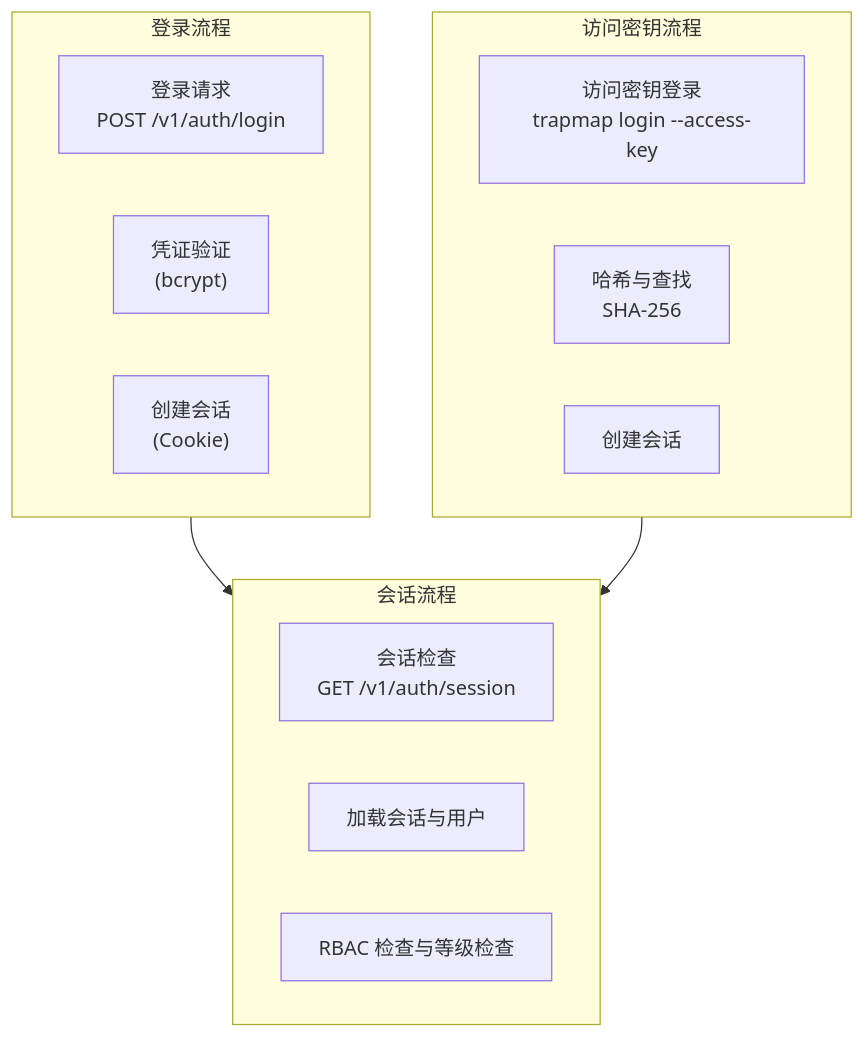
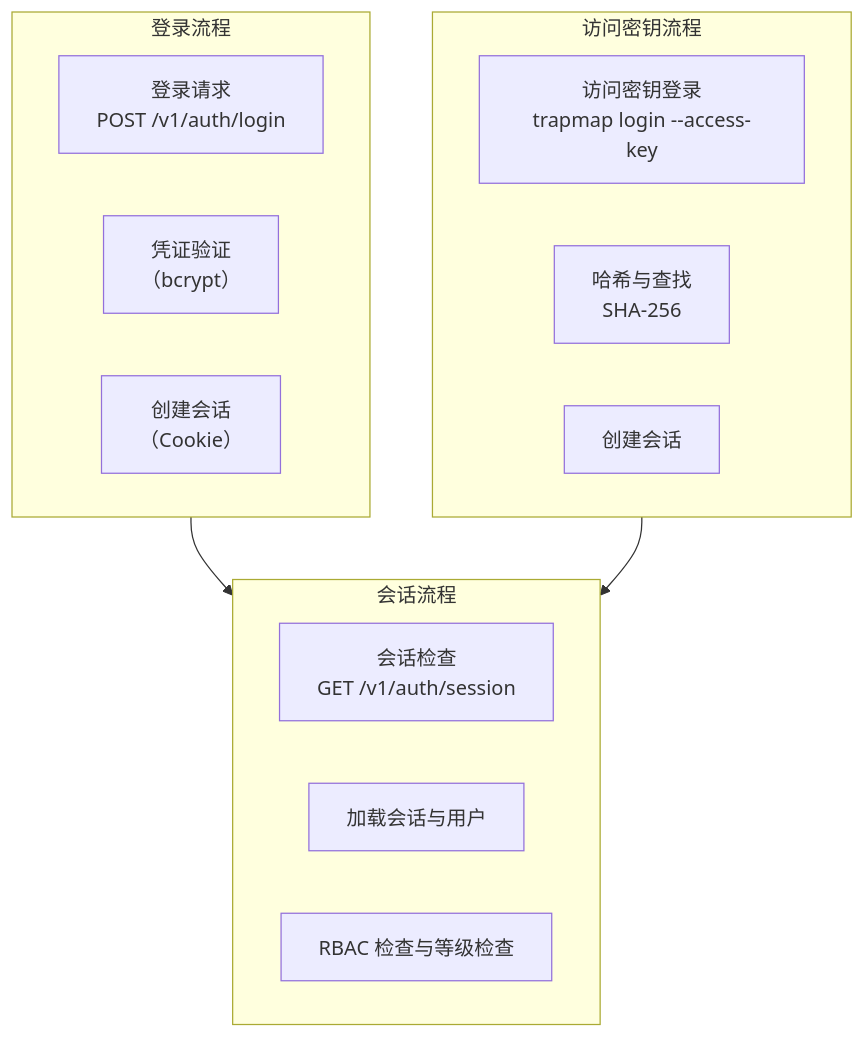
The first of 2 diagrams in docs/architecture/components/AUTH.md (pofossette/TrapMap-for-vibing), drawn with Mermaid before and after one commit. The commit also changed other lines of this file and 31 other files, not shown here.

````diff
--- a/docs/architecture/components/AUTH.md
+++ b/docs/architecture/components/AUTH.md
@@ -9,23 +9,23 @@
 ```mermaid
 flowchart TB
-    subgraph LoginFlow["登录流程"]
+    subgraph 登录流程["登录流程"]
         A1["登录请求\nPOST /v1/auth/login"]
-        A2["凭证验证\n(bcrypt)"]
-        A3["创建会话\n(Cookie)"]
+        A2["凭证验证\n（bcrypt）"]
+        A3["创建会话\n（Cookie）"]
     end
 
-    subgraph SessionFlow["会话流程"]
+    subgraph 会话流程["会话流程"]
         B1["会话检查\nGET /v1/auth/session"]
         B2["加载会话与用户"]
         B3["RBAC 检查与等级检查"]
     end
 
-    subgraph AccessKeyFlow["访问密钥流程"]
+    subgraph 访问密钥流程["访问密钥流程"]
         C1["访问密钥登录\ntrapmap login --access-key"]
         C2["哈希与查找\nSHA-256"]
         C3["创建会话"]
     end
 
-    LoginFlow --> SessionFlow
-    AccessKeyFlow --> SessionFlow
+    登录流程 --> 会话流程
+    访问密钥流程 --> 会话流程
 ```
````
